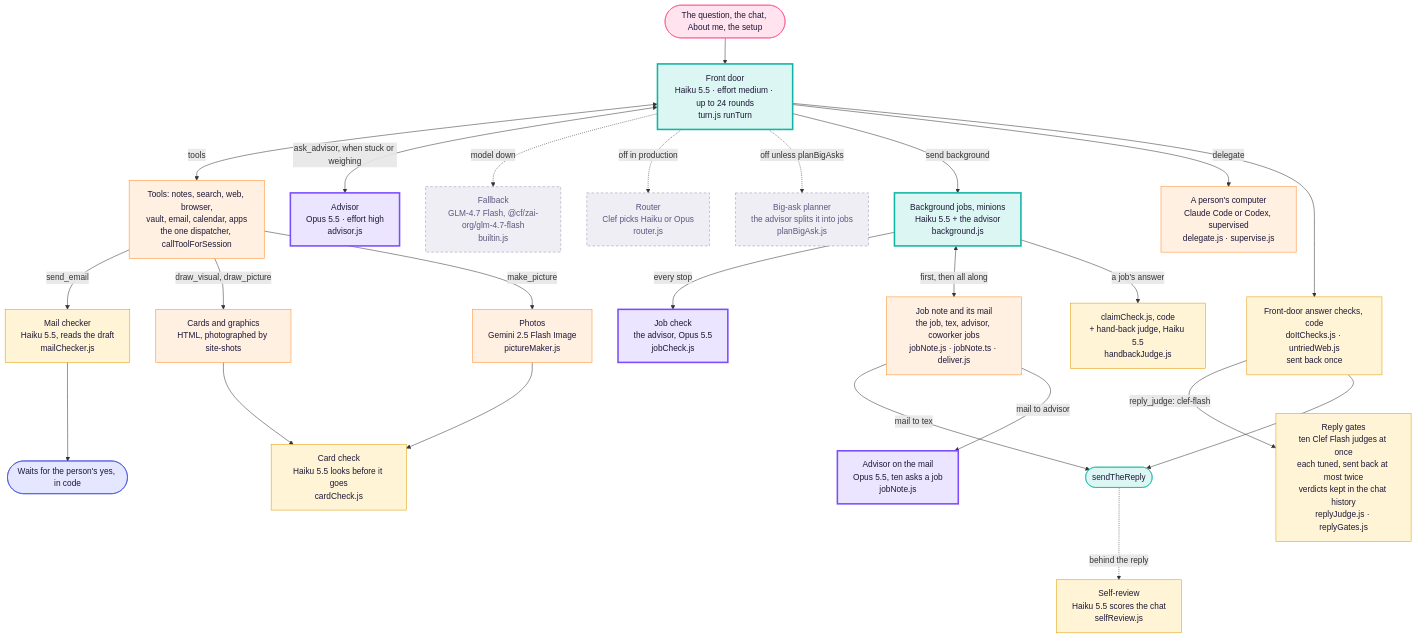
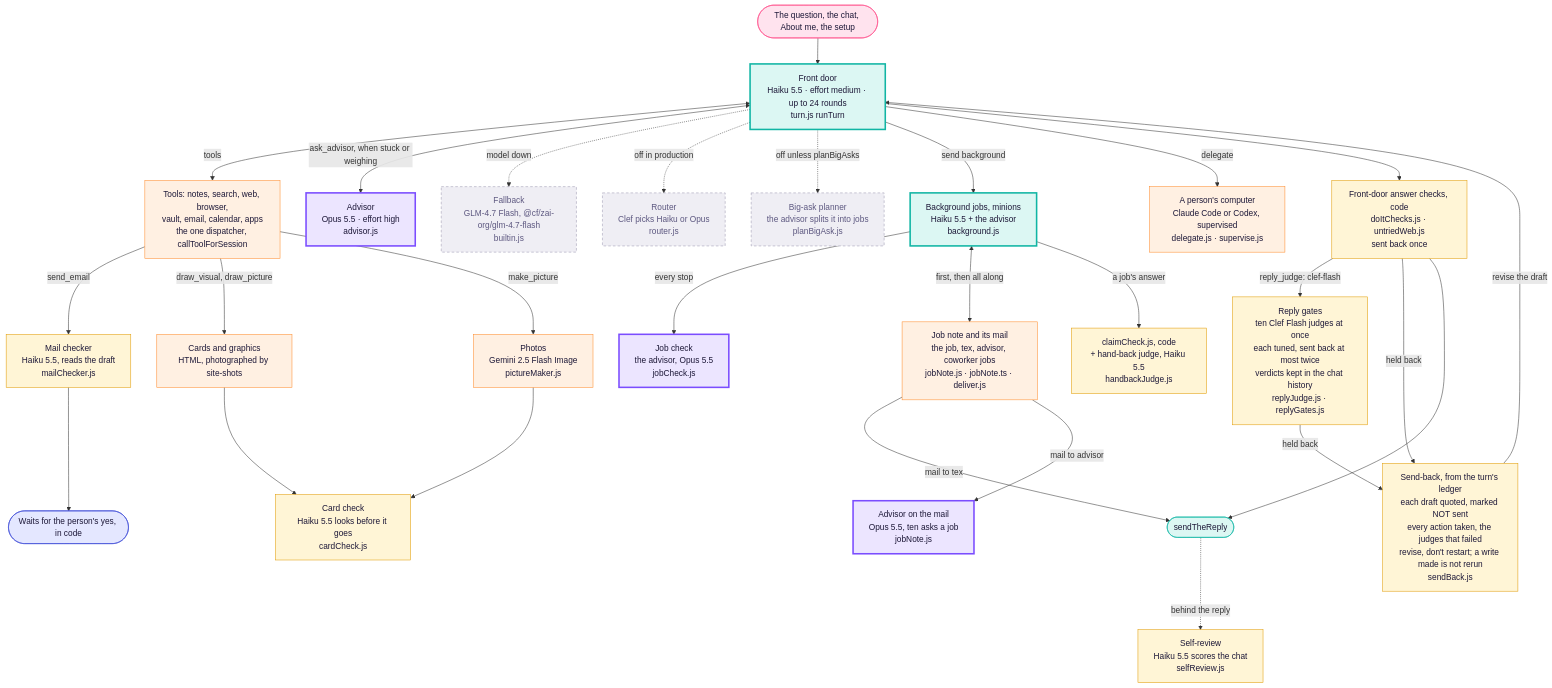
Before and after one commit to Supa-Media/context: the third of 3 diagrams in docs/architecture/tex.md, drawn with Mermaid. The commit also changed other lines of this file and 4 other files, not shown here.

First line of the commit message:
Tex: a send-back is written from the turn's ledger, and a rewrite never repeats a write

````diff
--- a/docs/architecture/tex.md
+++ b/docs/architecture/tex.md
@@ -110,39 +110,42 @@
 ```mermaid
 flowchart TB
   Q([The question, the chat, About me, the setup]):::you --> FD
   FD["Front door<br/>Haiku 5.5 · effort medium · up to 24 rounds<br/>turn.js runTurn"]:::haiku
   FD <-->|tools| T["Tools: notes, search, web, browser,<br/>vault, email, calendar, apps<br/>the one dispatcher, callToolForSession"]:::tool
   FD <-->|ask_advisor, when stuck or weighing| ADV["Advisor<br/>Opus 5.5 · effort high<br/>advisor.js"]:::opus
   FD -. model down .-> FB["Fallback<br/>GLM-4.7 Flash, @cf/zai-org/glm-4.7-flash<br/>builtin.js"]:::off
   FD -. off in production .-> RT["Router<br/>Clef picks Haiku or Opus<br/>router.js"]:::off
   FD -. off unless planBigAsks .-> PL["Big-ask planner<br/>the advisor splits it into jobs<br/>planBigAsk.js"]:::off
 
   FD -->|send background| JOB["Background jobs, minions<br/>Haiku 5.5 + the advisor<br/>background.js"]:::haiku
   JOB -->|every stop| JC["Job check<br/>the advisor, Opus 5.5<br/>jobCheck.js"]:::opus
   JOB <-->|first, then all along| JN["Job note and its mail<br/>the job, tex, advisor, coworker jobs<br/>jobNote.js · jobNote.ts · deliver.js"]:::tool
   JN -->|mail to tex| SEND
   JN -->|mail to advisor| JNA["Advisor on the mail<br/>Opus 5.5, ten asks a job<br/>jobNote.js"]:::opus
   JOB -->|a job's answer| JCK["claimCheck.js, code<br/>+ hand-back judge, Haiku 5.5<br/>handbackJudge.js"]:::judge
   FD -->|delegate| DL["A person's computer<br/>Claude Code or Codex, supervised<br/>delegate.js · supervise.js"]:::tool
 
   T -->|send_email| MC["Mail checker<br/>Haiku 5.5, reads the draft<br/>mailChecker.js"]:::judge
   MC --> YES([Waits for the person's yes, in code]):::rail
   T -->|draw_visual, draw_picture| PIC["Cards and graphics<br/>HTML, photographed by site-shots"]:::tool
   T -->|make_picture| IMG["Photos<br/>Gemini 2.5 Flash Image<br/>pictureMaker.js"]:::tool
   PIC --> CC["Card check<br/>Haiku 5.5 looks before it goes<br/>cardCheck.js"]:::judge
   IMG --> CC
 
   FD --> CHK["Front-door answer checks, code<br/>doItChecks.js · untriedWeb.js<br/>sent back once"]:::judge
   CHK -->|reply_judge: clef-flash| RJ["Reply gates<br/>ten Clef Flash judges at once<br/>each tuned, sent back at most twice<br/>verdicts kept in the chat history<br/>replyJudge.js · replyGates.js"]:::judge
+  CHK -->|held back| SB["Send-back, from the turn's ledger<br/>each draft quoted, marked NOT sent<br/>every action taken, the judges that failed<br/>revise, don't restart; a write made is not rerun<br/>sendBack.js"]:::judge
+  RJ -->|held back| SB
+  SB -->|revise the draft| FD
   CHK --> SEND([sendTheReply]):::door
   SEND -. behind the reply .-> SR["Self-review<br/>Haiku 5.5 scores the chat<br/>selfReview.js"]:::judge
 
   classDef you fill:#ffe3ee,stroke:#ff4f8b,color:#1d1838
   classDef haiku fill:#dcf7f3,stroke:#11b5a4,stroke-width:3px,color:#1d1838
   classDef opus fill:#ece5ff,stroke:#7b4dff,stroke-width:3px,color:#1d1838
   classDef judge fill:#fff5d6,stroke:#e09a00,color:#1d1838
   classDef tool fill:#fff0e2,stroke:#ff8a2a,color:#1d1838
   classDef rail fill:#e4e7ff,stroke:#3c4bd6,color:#1d1838
   classDef door fill:#dcf7f3,stroke:#11b5a4,color:#1d1838
   classDef off fill:#efeef4,stroke:#9a97b0,stroke-dasharray:5 4,color:#5d5880
 ```
````
